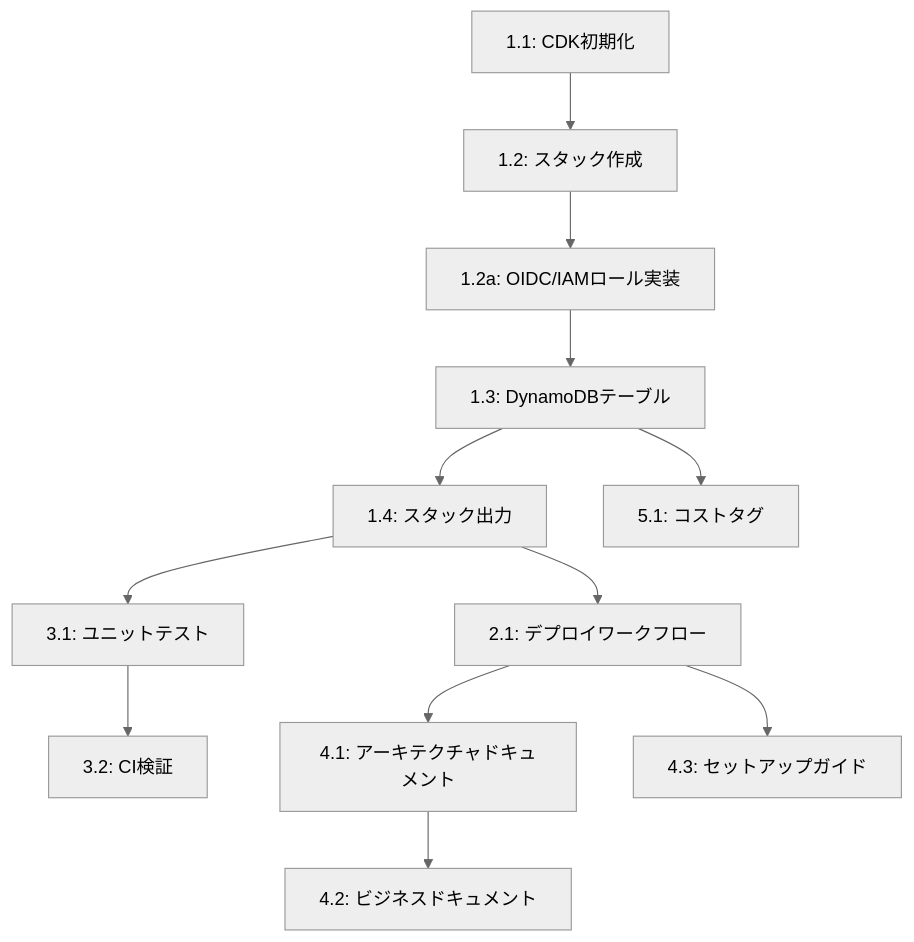
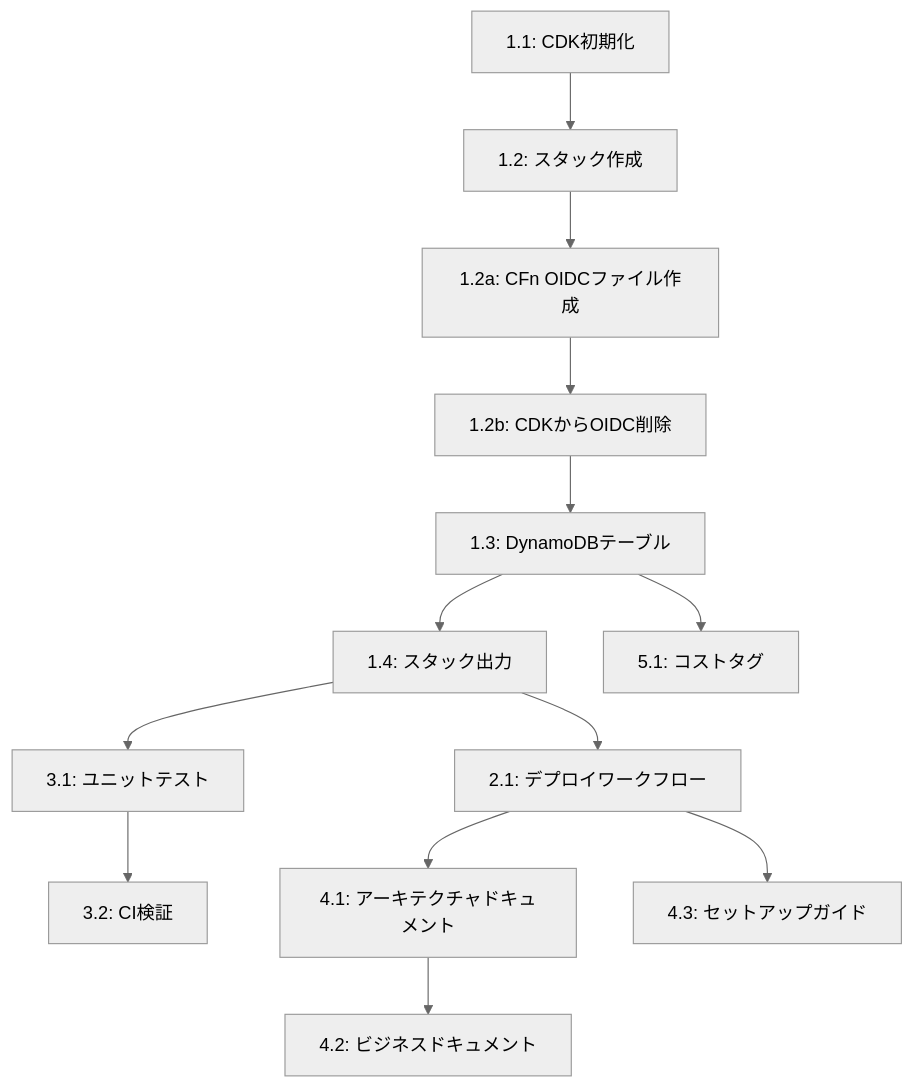
Before and after one commit to goataka/attendance-kit: the diagram in specs/1-aws-clock-table-cicd/tasks.md, drawn with Mermaid (neutral theme). The commit also changed other lines of this file and 16 other files, not shown here.

````diff
--- a/specs/1-aws-clock-table-cicd/tasks.md
+++ b/specs/1-aws-clock-table-cicd/tasks.md
@@ -289,14 +313,15 @@
 ```mermaid
 graph TD
     T1.1[1.1: CDK初期化] --> T1.2[1.2: スタック作成]
-    T1.2 --> T1.2a[1.2a: OIDC/IAMロール実装]
-    T1.2a --> T1.3[1.3: DynamoDBテーブル]
+    T1.2 --> T1.2a[1.2a: CFn OIDCファイル作成]
+    T1.2a --> T1.2b[1.2b: CDKからOIDC削除]
+    T1.2b --> T1.3[1.3: DynamoDBテーブル]
     T1.3 --> T1.4[1.4: スタック出力]
     T1.4 --> T2.1[2.1: デプロイワークフロー]
     T1.4 --> T3.1[3.1: ユニットテスト]
     T3.1 --> T3.2[3.2: CI検証]
     T2.1 --> T4.1[4.1: アーキテクチャドキュメント]
     T4.1 --> T4.2[4.2: ビジネスドキュメント]
     T2.1 --> T4.3[4.3: セットアップガイド]
     T1.3 --> T5.1[5.1: コストタグ]
 ```
````
